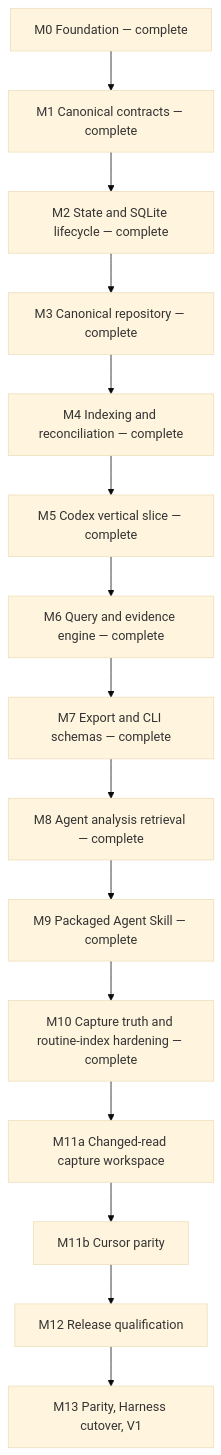
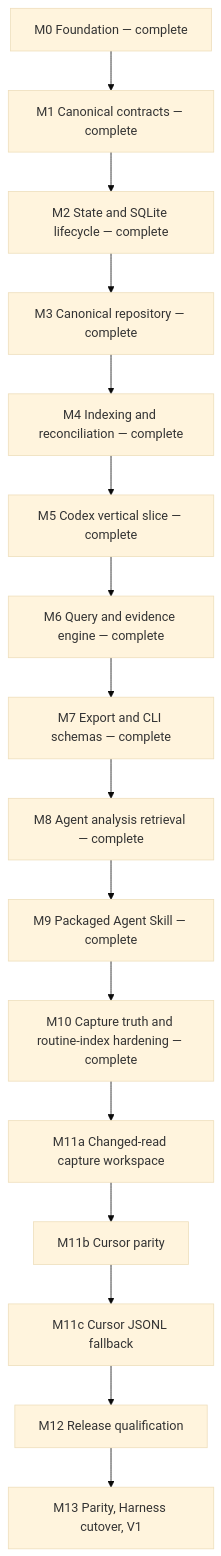
Before and after one commit to ferueda/sessions: the diagram in dev/plans/260713-v1-implementation-roadmap.md, drawn with Mermaid (base theme). The commit also changed other lines of this file and 11 other files, not shown here.

Commit message:
docs: document Cursor JSONL fallback

````diff
--- a/dev/plans/260713-v1-implementation-roadmap.md
+++ b/dev/plans/260713-v1-implementation-roadmap.md
@@ -215,17 +216,18 @@
 ```mermaid
 flowchart TD
   M0["M0 Foundation — complete"] --> M1["M1 Canonical contracts — complete"]
   M1 --> M2["M2 State and SQLite lifecycle — complete"]
   M2 --> M3["M3 Canonical repository — complete"]
   M3 --> M4["M4 Indexing and reconciliation — complete"]
   M4 --> M5["M5 Codex vertical slice — complete"]
   M5 --> M6["M6 Query and evidence engine — complete"]
   M6 --> M7["M7 Export and CLI schemas — complete"]
   M7 --> M8["M8 Agent analysis retrieval — complete"]
   M8 --> M9["M9 Packaged Agent Skill — complete"]
   M9 --> M10["M10 Capture truth and routine-index hardening — complete"]
   M10 --> M11A["M11a Changed-read capture workspace"]
   M11A --> M11B["M11b Cursor parity"]
-  M11B --> M12["M12 Release qualification"]
+  M11B --> M11C["M11c Cursor JSONL fallback"]
+  M11C --> M12["M12 Release qualification"]
   M12 --> M13["M13 Parity, Harness cutover, V1"]
 ```
````
